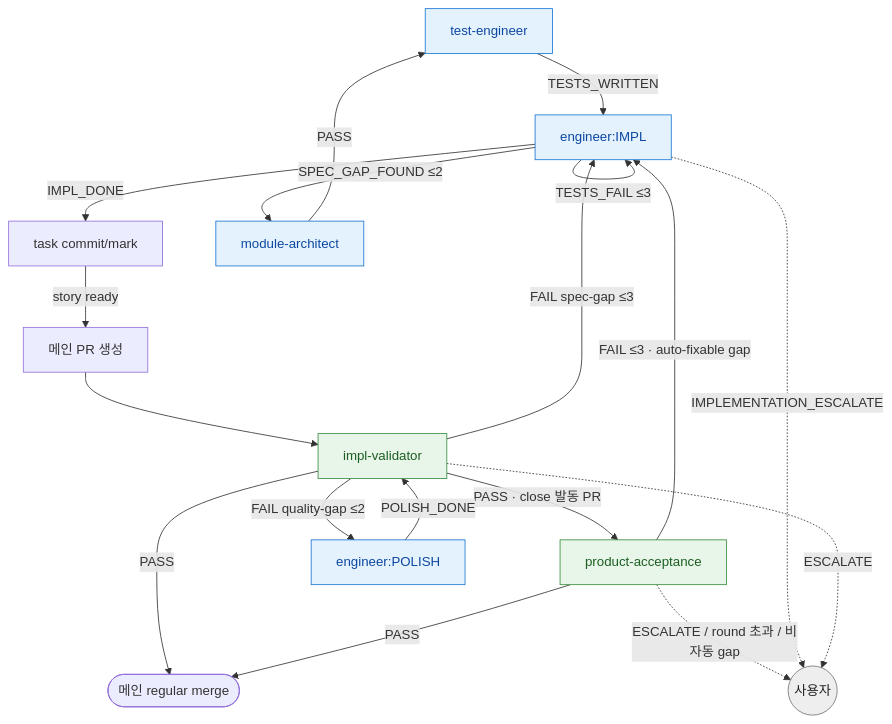
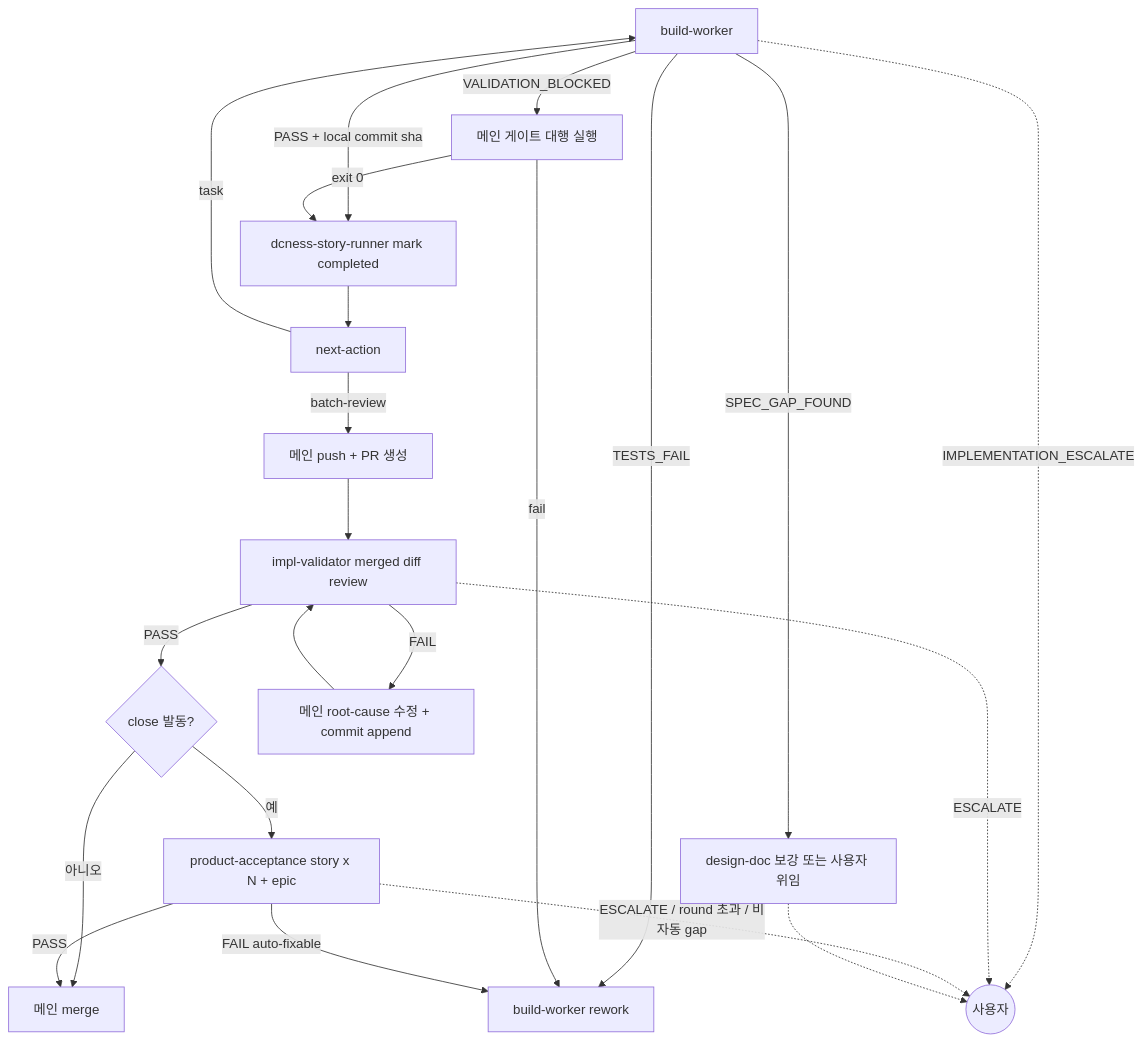
Before and after one commit to Daeguk-Sun/dcNess: the diagram in skills/impl-loop/impl-loop-routing.md, drawn with Mermaid. The commit also changed other lines of this file and 25 other files, not shown here.

Commit message:
[docs] define build-worker impl-loop contract

````diff
--- a/skills/impl-loop/impl-loop-routing.md
+++ b/skills/impl-loop/impl-loop-routing.md
@@ -25,27 +14,24 @@
 ```mermaid
 flowchart TB
-  TE[test-engineer] -->|TESTS_WRITTEN| EN[engineer:IMPL]
-  EN -->|IMPL_DONE| TC[task commit/mark]
-  TC -->|story ready| MG[메인 PR 생성]
-  MG --> IV[impl-validator]
-  IV -->|PASS| M([메인 regular merge])
-  IV -->|PASS · close 발동 PR| PA[product-acceptance]
-  PA -->|PASS| M
-  PA -->|FAIL ≤3 · auto-fixable gap| EN
-  PA -.->|ESCALATE / round 초과 / 비자동 gap| U
-  IV -->|FAIL spec-gap ≤3| EN
-  IV -->|FAIL quality-gap ≤2| ENP[engineer:POLISH]
-  ENP -->|POLISH_DONE| IV
-  EN -->|TESTS_FAIL ≤3| EN
-  EN -->|SPEC_GAP_FOUND ≤2| MA[module-architect]
-  MA -->|PASS| TE
-  EN -.->|IMPLEMENTATION_ESCALATE| U((사용자))
-  IV -.->|ESCALATE| U
-
-  classDef produce fill:#e3f2fd,stroke:#1976d2,color:#0d47a1
-  classDef verify fill:#e8f5e9,stroke:#388e3c,color:#1b5e20
-  classDef user fill:#eeeeee,stroke:#757575,color:#212121
-  class TE,EN,ENP,MA produce
-  class IV,PA verify
-  class U user
+  BW[build-worker] -->|PASS + local commit sha| MARK[dcness-story-runner mark completed]
+  BW -->|SPEC_GAP_FOUND| REWORK[design-doc 보강 또는 사용자 위임]
+  BW -->|TESTS_FAIL| RETRY[build-worker rework]
+  BW -->|VALIDATION_BLOCKED| GATE[메인 게이트 대행 실행]
+  GATE -->|exit 0| MARK
+  GATE -->|fail| RETRY
+  MARK --> NEXT[next-action]
+  NEXT -->|task| BW
+  NEXT -->|batch-review| PR[메인 push + PR 생성]
+  PR --> IV[impl-validator merged diff review]
+  IV -->|PASS| ACC{close 발동?}
+  IV -->|FAIL| FIX[메인 root-cause 수정 + commit append]
+  FIX --> IV
+  ACC -->|아니오| MERGE[메인 merge]
+  ACC -->|예| PA[product-acceptance story x N + epic]
+  PA -->|PASS| MERGE
+  PA -->|FAIL auto-fixable| RETRY
+  BW -.->|IMPLEMENTATION_ESCALATE| USER((사용자))
+  IV -.->|ESCALATE| USER
+  PA -.->|ESCALATE / round 초과 / 비자동 gap| USER
+  REWORK -.-> USER
 ```
````
